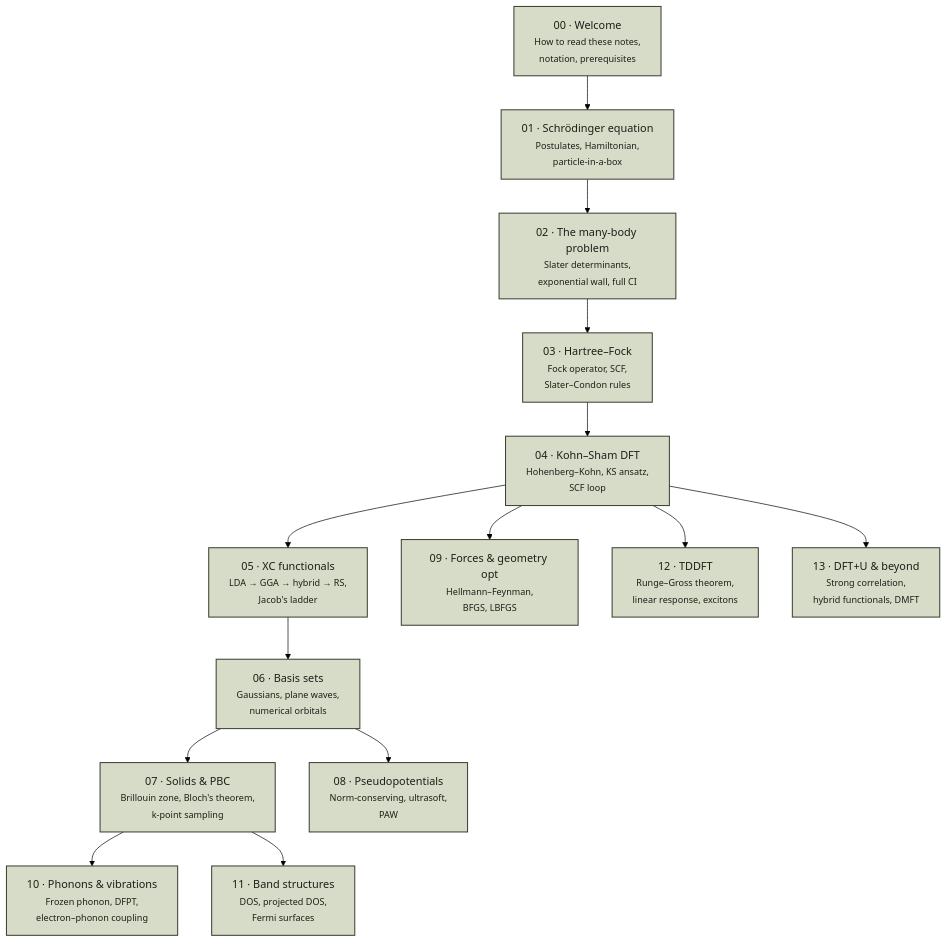
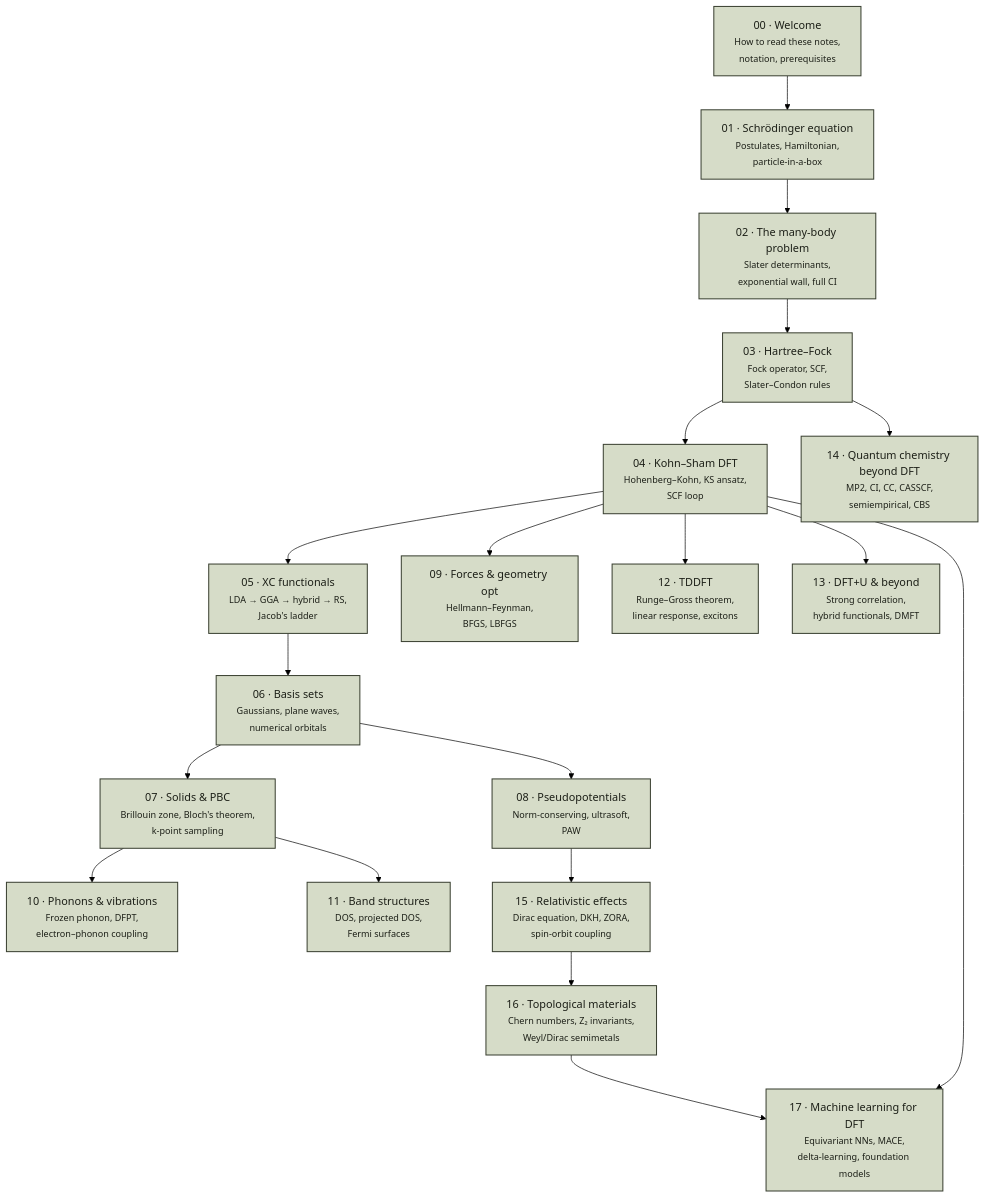
The diagram in dft_notes/chapters-map.md (Shuvam-Banerji-Seal/DFT-notes), drawn with Mermaid (forest theme) before and after one commit. The commit also changed other lines of this file and 34 other files, not shown here.

````diff
--- a/dft_notes/chapters-map.md
+++ b/dft_notes/chapters-map.md
@@ -21,52 +21,82 @@
 ```mermaid
 %%{init: {'flowchart': {'htmlLabels': true, 'curve': 'basis'}}}%%
 graph TD
   C00["00 · Welcome<br/><small>How to read these notes,<br/>notation, prerequisites</small>"]
   C01["01 · Schrödinger equation<br/><small>Postulates, Hamiltonian,<br/>particle-in-a-box</small>"]
   C02["02 · The many-body problem<br/><small>Slater determinants,<br/>exponential wall, full CI</small>"]
   C03["03 · Hartree–Fock<br/><small>Fock operator, SCF,<br/>Slater–Condon rules</small>"]
   C04["04 · Kohn–Sham DFT<br/><small>Hohenberg–Kohn, KS ansatz,<br/>SCF loop</small>"]
   C05["05 · XC functionals<br/><small>LDA → GGA → hybrid → RS,<br/>Jacob's ladder</small>"]
   C06["06 · Basis sets<br/><small>Gaussians, plane waves,<br/>numerical orbitals</small>"]
   C07["07 · Solids & PBC<br/><small>Brillouin zone, Bloch's theorem,<br/>k-point sampling</small>"]
   C08["08 · Pseudopotentials<br/><small>Norm-conserving, ultrasoft,<br/>PAW</small>"]
   C09["09 · Forces & geometry opt<br/><small>Hellmann–Feynman,<br/>BFGS, LBFGS</small>"]
   C10["10 · Phonons & vibrations<br/><small>Frozen phonon, DFPT,<br/>electron–phonon coupling</small>"]
   C11["11 · Band structures<br/><small>DOS, projected DOS,<br/>Fermi surfaces</small>"]
   C12["12 · TDDFT<br/><small>Runge–Gross theorem,<br/>linear response, excitons</small>"]
   C13["13 · DFT+U & beyond<br/><small>Strong correlation,<br/>hybrid functionals, DMFT</small>"]
+  C14["14 · Quantum chemistry beyond DFT<br/><small>MP2, CI, CC, CASSCF,<br/>semiempirical, CBS</small>"]
+  C15["15 · Relativistic effects<br/><small>Dirac equation, DKH, ZORA,<br/>spin-orbit coupling</small>"]
+  C16["16 · Topological materials<br/><small>Chern numbers, Z₂ invariants,<br/>Weyl/Dirac semimetals</small>"]
+  C17["17 · Machine learning for DFT<br/><small>Equivariant NNs, MACE,<br/>delta-learning, foundation models</small>"]
 
   C00 --> C01
   C01 --> C02
   C02 --> C03
   C03 --> C04
   C04 --> C05
   C05 --> C06
   C06 --> C07
   C06 --> C08
   C04 --> C09
   C07 --> C10
   C07 --> C11
   C04 --> C12
   C04 --> C13
+  C03 --> C14
+  C08 --> C15
+  C15 --> C16
+  C04 --> C17
+  C16 --> C17
 
   classDef shipped fill:#d6dcc8,stroke:#3a4031,color:#1c1f17,stroke-width:1.5px;
   classDef planned stroke-dasharray: 6 4,stroke:#a09d96,fill:#eef0e6,color:#6b7060,stroke-width:1.5px;
-  class C00,C01,C02,C03,C04,C05,C06,C07,C08,C09,C10,C11,C12,C13 shipped;
+  class C00 shipped;
+  class C01 shipped;
+  class C02 shipped;
+  class C03 shipped;
+  class C04 shipped;
+  class C05 shipped;
+  class C06 shipped;
+  class C07 shipped;
+  class C08 shipped;
+  class C09 shipped;
+  class C10 shipped;
+  class C11 shipped;
+  class C12 shipped;
+  class C13 shipped;
+  class C14 shipped;
+  class C15 shipped;
+  class C16 shipped;
+  class C17 shipped;
   classDef planned stroke-dasharray: 6 4,stroke:#a09d96,fill:#eef0e6,color:#6b7060,stroke-width:1.5px;
 
   click C00 "javascript:void(0)" "How to read these notes, the notation table, and the prerequisites for the DFT Notes series."
   click C01 "javascript:void(0)" "The postulates of quantum mechanics, the electronic Hamiltonian, and a worked particle-in-a-box derivation."
   click C02 "javascript:void(0)" "Why a single Slater determinant is not enough, the exponential wall, and the full-CI limit."
   click C03 "javascript:void(0)" "Mean-field theory, the Fock operator, the SCF loop, and the Slater–Condon rules for matrix elements."
   click C04 "javascript:void(0)" "Hohenberg–Kohn existence theorem, the Kohn–Sham ansatz, and the practical KS SCF loop."
   click C05 "javascript:void(0)" "Jacob's ladder: LDA, GGA, meta-GGA, hybrid, and range-separated functionals."
   click C06 "javascript:void(0)" "Gaussian-type orbitals, plane waves, real-space grids, and the Roothaan–Hall equations."
   click C07 "javascript:void(0)" "Bloch's theorem, the Brillouin zone, plane-wave cutoffs, and Monkhorst–Pack k-point sampling."
   click C08 "javascript:void(0)" "Norm-conserving, ultrasoft, and PAW pseudopotentials — construction, transferability, and validation."
   click C09 "javascript:void(0)" "Hellmann–Feynman theorem, BFGS and LBFGS optimisers, and convergence criteria for forces and displacements."
   click C10 "javascript:void(0)" "Frozen-phonon supercells, density-functional perturbation theory, and electron–phonon coupling."
   click C11 "javascript:void(0)" "Density of states, projected DOS, band-structure plots, and Fermi-surface visualisation."
   click C12 "javascript:void(0)" "Runge–Gross theorem, linear-response TDDFT, the Casida equations, and excitons."
   click C13 "javascript:void(0)" "DFT+U for strong correlation, hybrid functionals revisited, and a DMFT outlook."
+  click C14 "javascript:void(0)" "Quantum chemistry methods beyond DFT: MP2, CI, CCSD(T), CASSCF, NEVPT2, and the basis-set extrapolation ladder."
+  click C15 "javascript:void(0)" "The Dirac equation, scalar-relativistic corrections, and spin-orbit coupling in modern DFT."
+  click C16 "javascript:void(0)" "Topology in band theory: Chern numbers, Z₂ invariants, topological insulators, and Weyl semimetals."
+  click C17 "javascript:void(0)" "Machine learning for DFT: interatomic potentials, equivariant networks, delta-learning, and foundation models."
 ```
````
